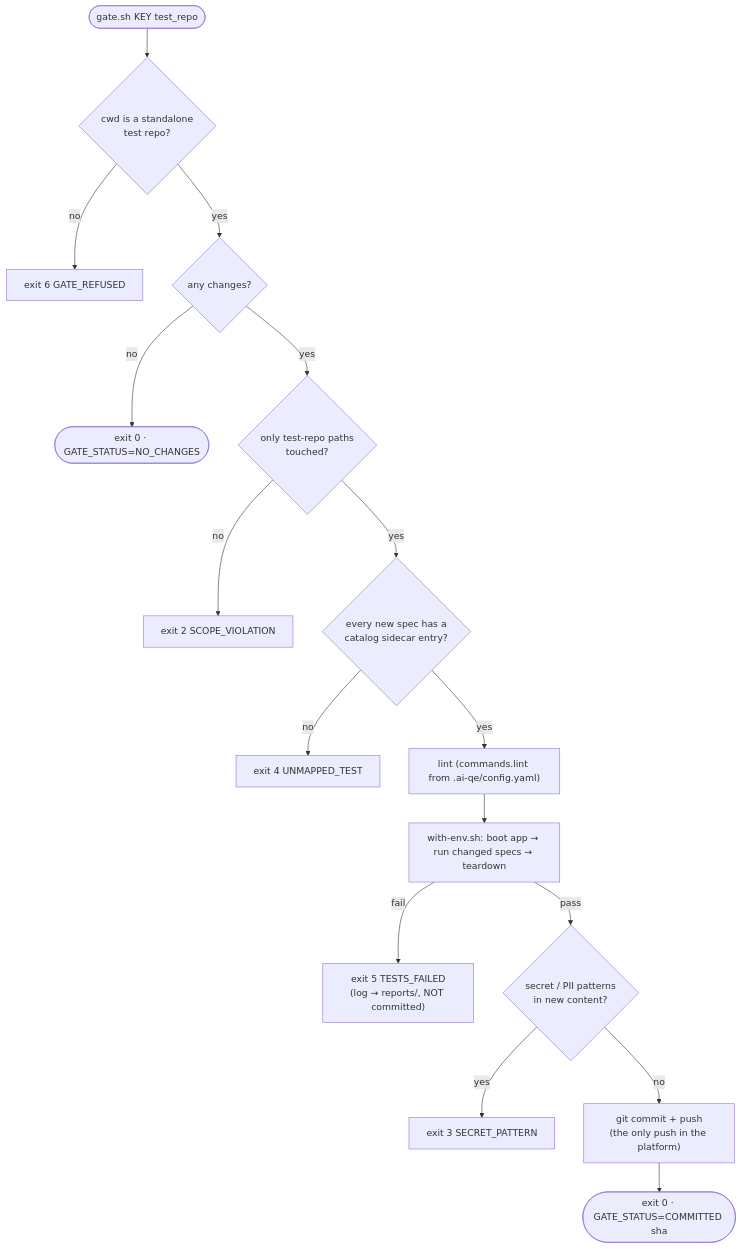
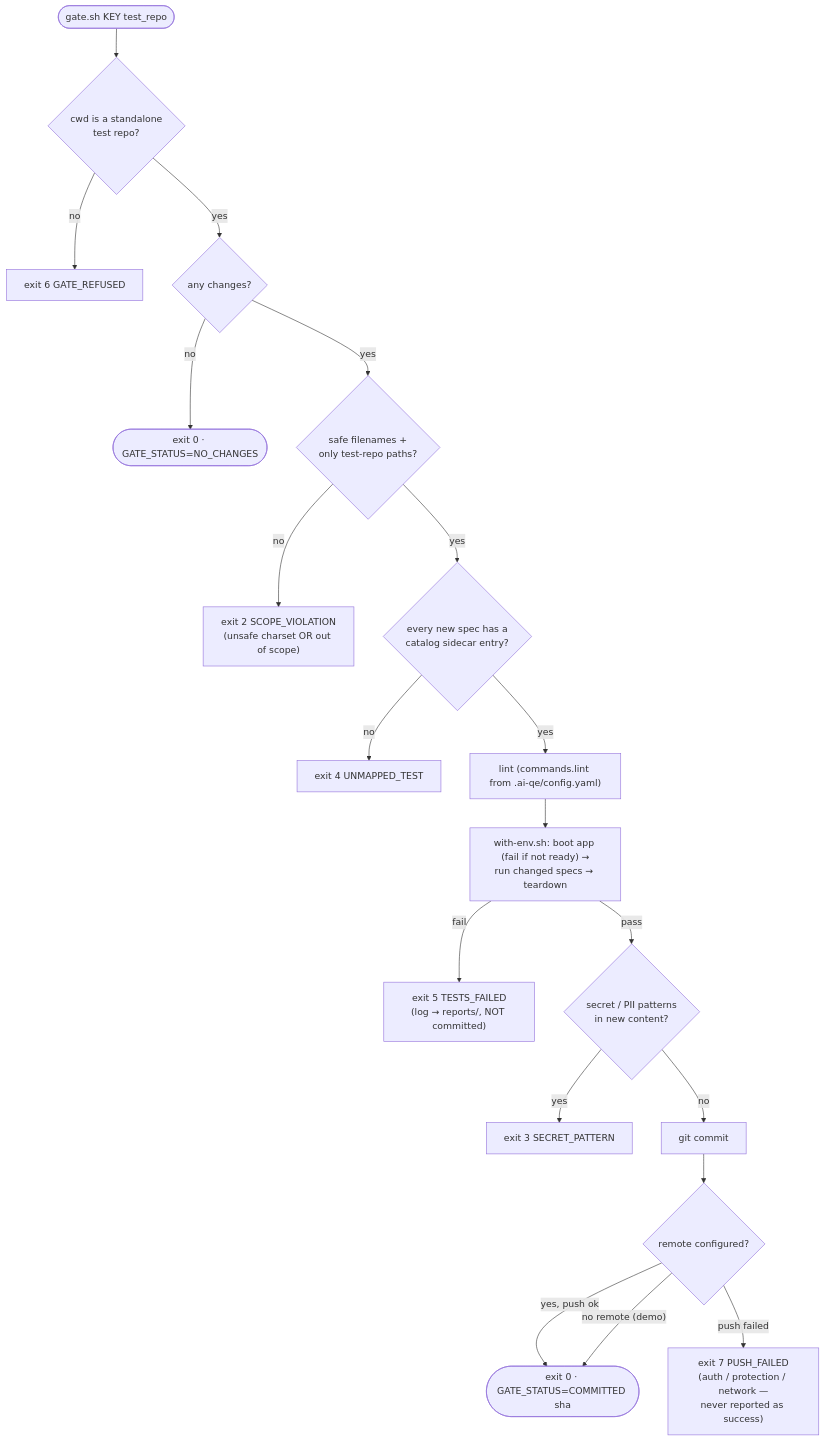
The fifth of 13 diagrams in docs/diagrams.md (anandtopu/auto-tests-gen), drawn with Mermaid before and after one commit. The commit also changed other lines of this file and 3 other files, not shown here.

First line of the commit message:
docs: update architecture, diagrams, README for this session's features

````diff
--- a/docs/diagrams.md
+++ b/docs/diagrams.md
@@ -136,18 +141,21 @@
 ```mermaid
 flowchart TD
     S([gate.sh KEY test_repo]) --> T6{cwd is a standalone<br/>test repo?}
     T6 -- no --> E6["exit 6 GATE_REFUSED"]
     T6 -- yes --> CH{any changes?}
     CH -- no --> OK0(["exit 0 · GATE_STATUS=NO_CHANGES"])
-    CH -- yes --> T2{only test-repo paths<br/>touched?}
-    T2 -- no --> E2["exit 2 SCOPE_VIOLATION"]
+    CH -- yes --> T2{safe filenames +<br/>only test-repo paths?}
+    T2 -- no --> E2["exit 2 SCOPE_VIOLATION<br/>(unsafe charset OR out of scope)"]
     T2 -- yes --> T4{every new spec has a<br/>catalog sidecar entry?}
     T4 -- no --> E4["exit 4 UNMAPPED_TEST"]
     T4 -- yes --> L["lint (commands.lint from .ai-qe/config.yaml)"]
-    L --> RUN["with-env.sh: boot app → run changed specs → teardown"]
+    L --> RUN["with-env.sh: boot app (fail if not ready) →<br/>run changed specs → teardown"]
     RUN -- fail --> E5["exit 5 TESTS_FAILED<br/>(log → reports/, NOT committed)"]
     RUN -- pass --> T3{secret / PII patterns<br/>in new content?}
     T3 -- yes --> E3["exit 3 SECRET_PATTERN"]
-    T3 -- no --> CP["git commit + push<br/>(the only push in the platform)"]
-    CP --> OK(["exit 0 · GATE_STATUS=COMMITTED sha"])
+    T3 -- no --> CP["git commit"]
+    CP --> PUSH{remote configured?}
+    PUSH -- yes, push ok --> OK(["exit 0 · GATE_STATUS=COMMITTED sha"])
+    PUSH -- no remote (demo) --> OK
+    PUSH -- push failed --> E7["exit 7 PUSH_FAILED<br/>(auth / protection / network —<br/>never reported as success)"]
 ```
````
